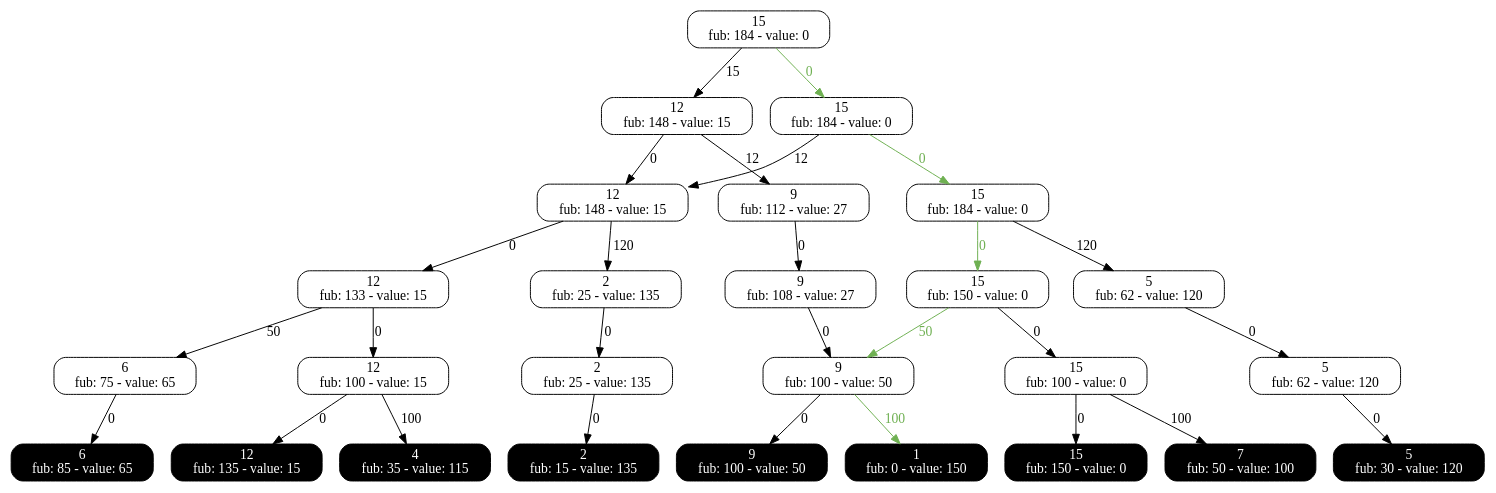
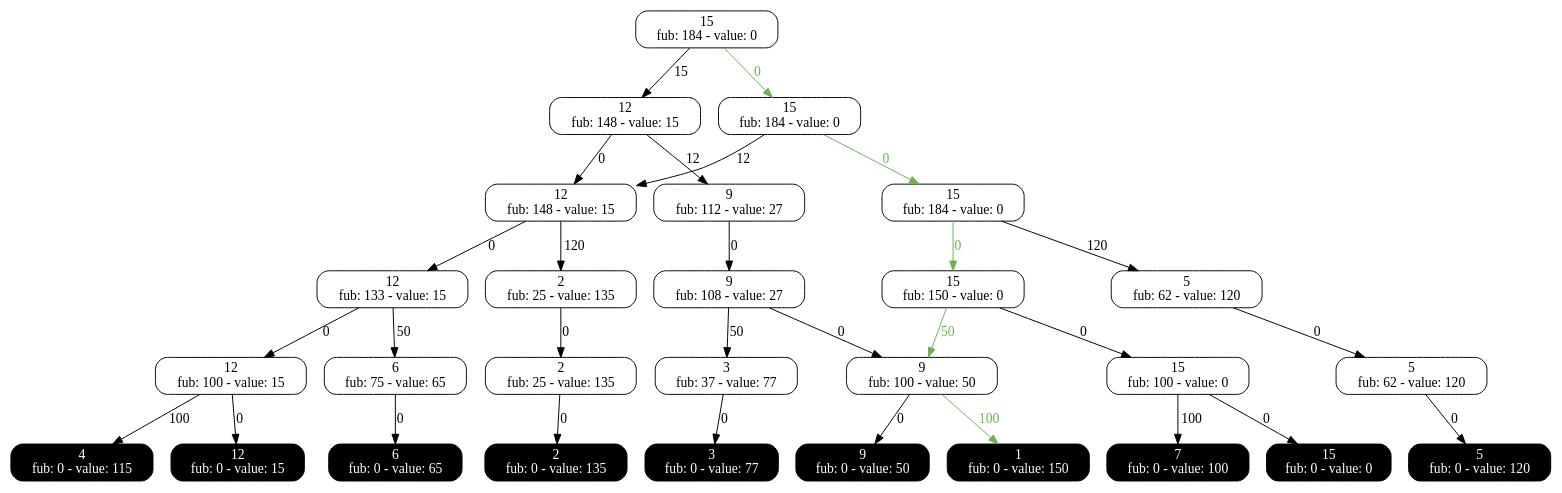
One commit to DDOLIB-CETIC-UCL/DDOLib changed the diagram in output/KS_exact.dot. Above: the diagram before and after it, drawn with Graphviz. The commit also changed 5 other files, not shown here.

```diff
--- a/output/KS_exact.dot
+++ b/output/KS_exact.dot
@@ -1,81 +1,87 @@
 digraph exact{
 0 [label="15
 fub: 184 - value: 0", style=rounded, shape=rectangle, tooltip="Exact node"];
 1 [label="12
 fub: 148 - value: 15", style=rounded, shape=rectangle, tooltip="Exact node"];
 2 [label="15
 fub: 184 - value: 0", style=rounded, shape=rectangle, tooltip="Exact node"];
 3 [label="9
 fub: 112 - value: 27", style=rounded, shape=rectangle, tooltip="Exact node"];
 4 [label="12
 fub: 148 - value: 15", style=rounded, shape=rectangle, tooltip="Exact node"];
 5 [label="15
 fub: 184 - value: 0", style=rounded, shape=rectangle, tooltip="Exact node"];
 7 [label="2
 fub: 25 - value: 135", style=rounded, shape=rectangle, tooltip="Exact node"];
 9 [label="5
 fub: 62 - value: 120", style=rounded, shape=rectangle, tooltip="Exact node"];
 6 [label="9
 fub: 108 - value: 27", style=rounded, shape=rectangle, tooltip="Exact node"];
 8 [label="12
 fub: 133 - value: 15", style=rounded, shape=rectangle, tooltip="Exact node"];
 10 [label="15
 fub: 150 - value: 0", style=rounded, shape=rectangle, tooltip="Exact node"];
 11 [label="2
 fub: 25 - value: 135", style=rounded, shape=rectangle, tooltip="Exact node"];
+13 [label="3
+fub: 37 - value: 77", style=rounded, shape=rectangle, tooltip="Exact node"];
 12 [label="5
 fub: 62 - value: 120", style=rounded, shape=rectangle, tooltip="Exact node"];
 15 [label="6
 fub: 75 - value: 65", style=rounded, shape=rectangle, tooltip="Exact node"];
 14 [label="9
 fub: 100 - value: 50", style=rounded, shape=rectangle, tooltip="Exact node"];
 16 [label="12
 fub: 100 - value: 15", style=rounded, shape=rectangle, tooltip="Exact node"];
 17 [label="15
 fub: 100 - value: 0", style=rounded, shape=rectangle, tooltip="Exact node"];
-21 [label="1
+22 [label="1
 fub: 0 - value: 150", style=rounded, shape=rectangle, tooltip="Exact node", style="filled, rounded", shape=rectangle, color=black, fontcolor=white, tooltip="Terminal node"];
 18 [label="2
-fub: 15 - value: 135", style=rounded, shape=rectangle, tooltip="Exact node", style="filled, rounded", shape=rectangle, color=black, fontcolor=white, tooltip="Terminal node"];
-23 [label="4
-fub: 35 - value: 115", style=rounded, shape=rectangle, tooltip="Exact node", style="filled, rounded", shape=rectangle, color=black, fontcolor=white, tooltip="Terminal node"];
-19 [label="5
-fub: 30 - value: 120", style=rounded, shape=rectangle, tooltip="Exact node", style="filled, rounded", shape=rectangle, color=black, fontcolor=white, tooltip="Terminal node"];
-20 [label="6
-fub: 85 - value: 65", style=rounded, shape=rectangle, tooltip="Exact node", style="filled, rounded", shape=rectangle, color=black, fontcolor=white, tooltip="Terminal node"];
-25 [label="7
-fub: 50 - value: 100", style=rounded, shape=rectangle, tooltip="Exact node", style="filled, rounded", shape=rectangle, color=black, fontcolor=white, tooltip="Terminal node"];
-22 [label="9
-fub: 100 - value: 50", style=rounded, shape=rectangle, tooltip="Exact node", style="filled, rounded", shape=rectangle, color=black, fontcolor=white, tooltip="Terminal node"];
-24 [label="12
-fub: 135 - value: 15", style=rounded, shape=rectangle, tooltip="Exact node", style="filled, rounded", shape=rectangle, color=black, fontcolor=white, tooltip="Terminal node"];
-26 [label="15
-fub: 150 - value: 0", style=rounded, shape=rectangle, tooltip="Exact node", style="filled, rounded", shape=rectangle, color=black, fontcolor=white, tooltip="Terminal node"];
+fub: 0 - value: 135", style=rounded, shape=rectangle, tooltip="Exact node", style="filled, rounded", shape=rectangle, color=black, fontcolor=white, tooltip="Terminal node"];
+19 [label="3
+fub: 0 - value: 77", style=rounded, shape=rectangle, tooltip="Exact node", style="filled, rounded", shape=rectangle, color=black, fontcolor=white, tooltip="Terminal node"];
+24 [label="4
+fub: 0 - value: 115", style=rounded, shape=rectangle, tooltip="Exact node", style="filled, rounded", shape=rectangle, color=black, fontcolor=white, tooltip="Terminal node"];
+20 [label="5
+fub: 0 - value: 120", style=rounded, shape=rectangle, tooltip="Exact node", style="filled, rounded", shape=rectangle, color=black, fontcolor=white, tooltip="Terminal node"];
+21 [label="6
+fub: 0 - value: 65", style=rounded, shape=rectangle, tooltip="Exact node", style="filled, rounded", shape=rectangle, color=black, fontcolor=white, tooltip="Terminal node"];
+26 [label="7
+fub: 0 - value: 100", style=rounded, shape=rectangle, tooltip="Exact node", style="filled, rounded", shape=rectangle, color=black, fontcolor=white, tooltip="Terminal node"];
+23 [label="9
+fub: 0 - value: 50", style=rounded, shape=rectangle, tooltip="Exact node", style="filled, rounded", shape=rectangle, color=black, fontcolor=white, tooltip="Terminal node"];
+25 [label="12
+fub: 0 - value: 15", style=rounded, shape=rectangle, tooltip="Exact node", style="filled, rounded", shape=rectangle, color=black, fontcolor=white, tooltip="Terminal node"];
+27 [label="15
+fub: 0 - value: 0", style=rounded, shape=rectangle, tooltip="Exact node", style="filled, rounded", shape=rectangle, color=black, fontcolor=white, tooltip="Terminal node"];
+3 -> 6 [label=0, tooltip="Decision: assign 0 to var 2"];
+2 -> 4 [label=12, tooltip="Decision: assign 1 to var 1"];
+0 -> 2 [label=0, tooltip="Decision: assign 0 to var 0", color="#6fb052", fontcolor="#6fb052"];
+17 -> 27 [label=0, tooltip="Decision: assign 0 to var 4"];
+1 -> 4 [label=0, tooltip="Decision: assign 0 to var 1"];
+12 -> 20 [label=0, tooltip="Decision: assign 0 to var 4"];
+4 -> 7 [label=120, tooltip="Decision: assign 1 to var 2"];
+16 -> 24 [label=100, tooltip="Decision: assign 1 to var 4"];
+15 -> 21 [label=0, tooltip="Decision: assign 0 to var 4"];
+10 -> 14 [label=50, tooltip="Decision: assign 1 to var 3", color="#6fb052", fontcolor="#6fb052"];
+0 -> 1 [label=15, tooltip="Decision: assign 1 to var 0"];
+1 -> 3 [label=12, tooltip="Decision: assign 1 to var 1"];
+4 -> 8 [label=0, tooltip="Decision: assign 0 to var 2"];
+11 -> 18 [label=0, tooltip="Decision: assign 0 to var 4"];
+16 -> 25 [label=0, tooltip="Decision: assign 0 to var 4"];
+17 -> 26 [label=100, tooltip="Decision: assign 1 to var 4"];
+6 -> 14 [label=0, tooltip="Decision: assign 0 to var 3"];
+8 -> 16 [label=0, tooltip="Decision: assign 0 to var 3"];
+14 -> 22 [label=100, tooltip="Decision: assign 1 to var 4", color="#6fb052", fontcolor="#6fb052"];
+14 -> 23 [label=0, tooltip="Decision: assign 0 to var 4"];
 7 -> 11 [label=0, tooltip="Decision: assign 0 to var 3"];
 10 -> 17 [label=0, tooltip="Decision: assign 0 to var 3"];
-15 -> 20 [label=0, tooltip="Decision: assign 0 to var 4"];
-3 -> 6 [label=0, tooltip="Decision: assign 0 to var 2"];
-14 -> 21 [label=100, tooltip="Decision: assign 1 to var 4", color="#6fb052", fontcolor="#6fb052"];
-16 -> 24 [label=0, tooltip="Decision: assign 0 to var 4"];
-16 -> 23 [label=100, tooltip="Decision: assign 1 to var 4"];
-2 -> 4 [label=12, tooltip="Decision: assign 1 to var 1"];
-12 -> 19 [label=0, tooltip="Decision: assign 0 to var 4"];
+8 -> 15 [label=50, tooltip="Decision: assign 1 to var 3"];
+2 -> 5 [label=0, tooltip="Decision: assign 0 to var 1", color="#6fb052", fontcolor="#6fb052"];
 9 -> 12 [label=0, tooltip="Decision: assign 0 to var 3"];
-1 -> 4 [label=0, tooltip="Decision: assign 0 to var 1"];
-0 -> 2 [label=0, tooltip="Decision: assign 0 to var 0", color="#6fb052", fontcolor="#6fb052"];
-8 -> 15 [label=50, tooltip="Decision: assign 1 to var 3"];
-1 -> 3 [label=12, tooltip="Decision: assign 1 to var 1"];
-11 -> 18 [label=0, tooltip="Decision: assign 0 to var 4"];
-17 -> 25 [label=100, tooltip="Decision: assign 1 to var 4"];
-14 -> 22 [label=0, tooltip="Decision: assign 0 to var 4"];
-4 -> 8 [label=0, tooltip="Decision: assign 0 to var 2"];
-4 -> 7 [label=120, tooltip="Decision: assign 1 to var 2"];
+5 -> 9 [label=120, tooltip="Decision: assign 1 to var 2"];
+6 -> 13 [label=50, tooltip="Decision: assign 1 to var 3"];
+13 -> 19 [label=0, tooltip="Decision: assign 0 to var 4"];
 5 -> 10 [label=0, tooltip="Decision: assign 0 to var 2", color="#6fb052", fontcolor="#6fb052"];
-8 -> 16 [label=0, tooltip="Decision: assign 0 to var 3"];
-0 -> 1 [label=15, tooltip="Decision: assign 1 to var 0"];
-6 -> 14 [label=0, tooltip="Decision: assign 0 to var 3"];
-2 -> 5 [label=0, tooltip="Decision: assign 0 to var 1", color="#6fb052", fontcolor="#6fb052"];
-5 -> 9 [label=120, tooltip="Decision: assign 1 to var 2"];
-10 -> 14 [label=50, tooltip="Decision: assign 1 to var 3", color="#6fb052", fontcolor="#6fb052"];
-17 -> 26 [label=0, tooltip="Decision: assign 0 to var 4"];
 }
```
